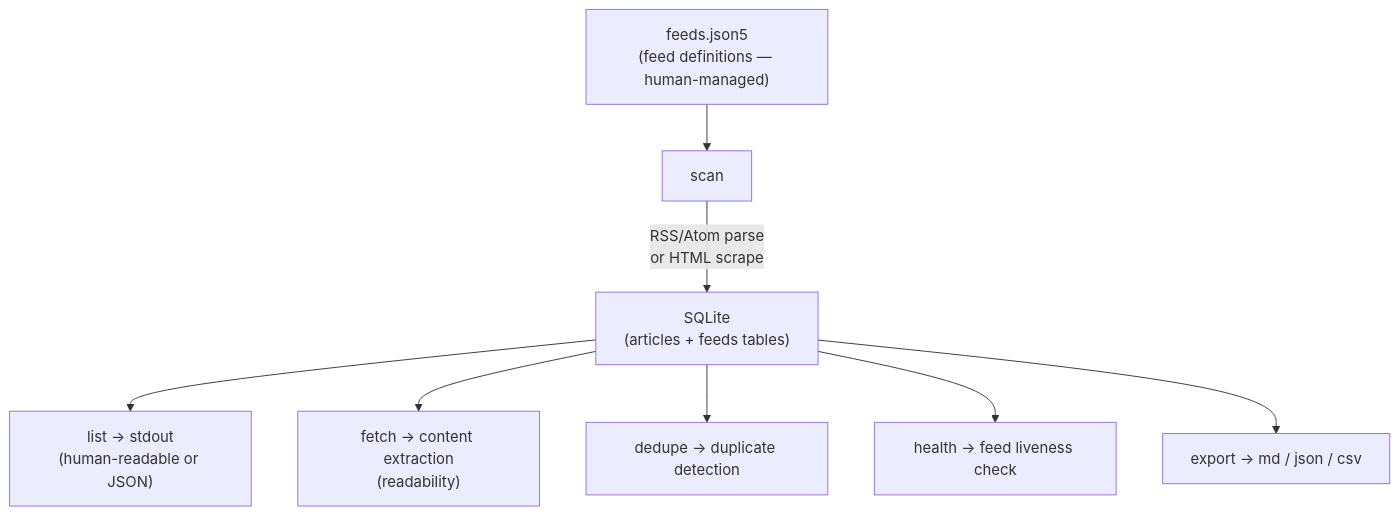
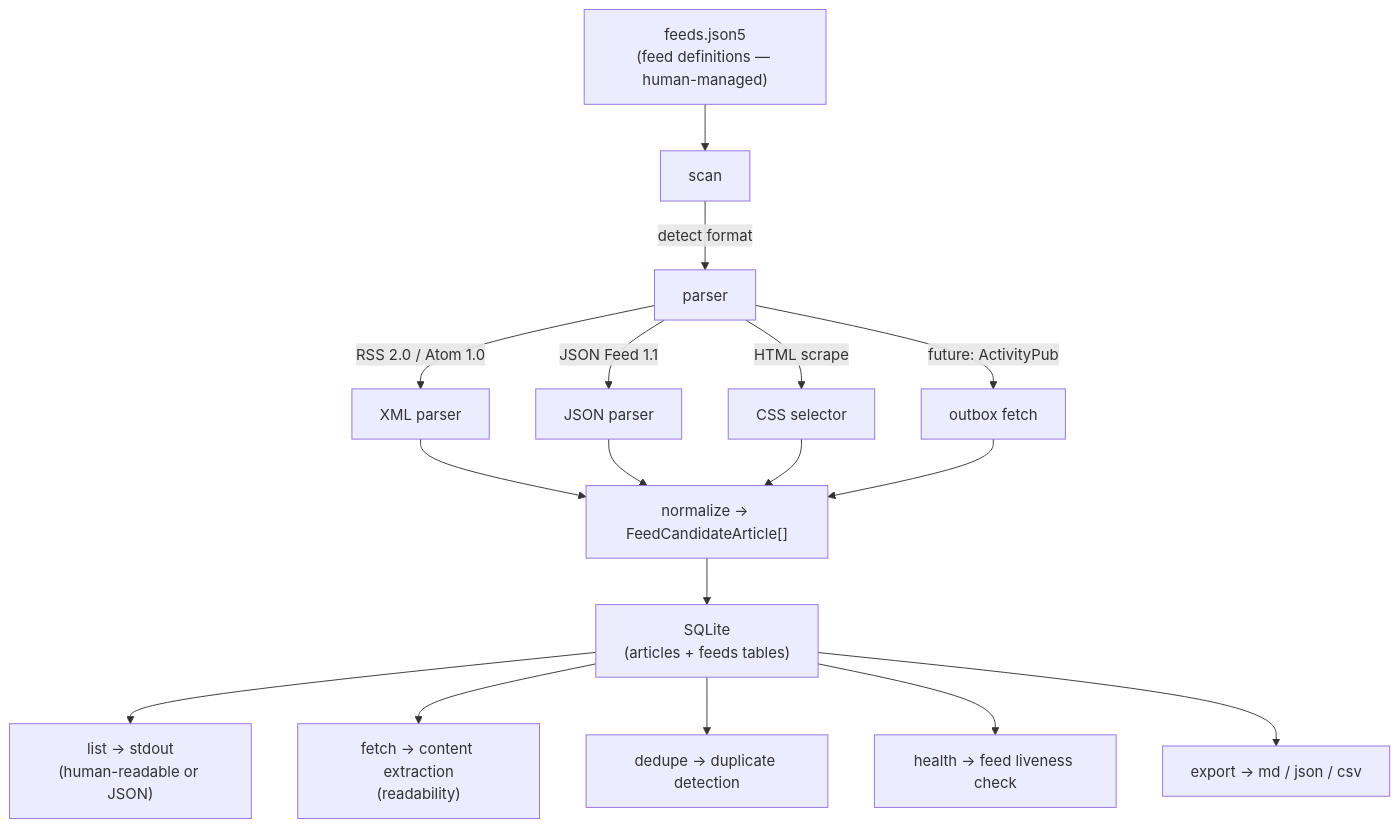
One commit to yoshikouki/feeds-cli changed the diagram in docs/VISION.md. Above: the diagram before and after it, drawn with Mermaid. The commit also changed other lines of this file and 2 other files, not shown here.

Commit message:
docs: add feed format support matrix (RSS, Atom, JSON Feed, future ActivityPub)

````diff
--- a/docs/VISION.md
+++ b/docs/VISION.md
@@ -63,10 +77,16 @@
 ```mermaid
 flowchart TD
     A["feeds.json5\n(feed definitions — human-managed)"] --> B["scan"]
-    B -->|"RSS/Atom parse\nor HTML scrape"| C["SQLite\n(articles + feeds tables)"]
+    B -->|"detect format"| P["parser"]
+    P -->|"RSS 2.0 / Atom 1.0"| X["XML parser"]
+    P -->|"JSON Feed 1.1"| J["JSON parser"]
+    P -->|"HTML scrape"| S["CSS selector"]
+    P -->|"future: ActivityPub"| AP["outbox fetch"]
+    X & J & S & AP --> N["normalize → FeedCandidateArticle[]"]
+    N --> C["SQLite\n(articles + feeds tables)"]
     C --> D["list → stdout\n(human-readable or JSON)"]
     C --> E["fetch → content extraction\n(readability)"]
     C --> F["dedupe → duplicate detection"]
     C --> G["health → feed liveness check"]
     C --> H["export → md / json / csv"]
 ```
````
